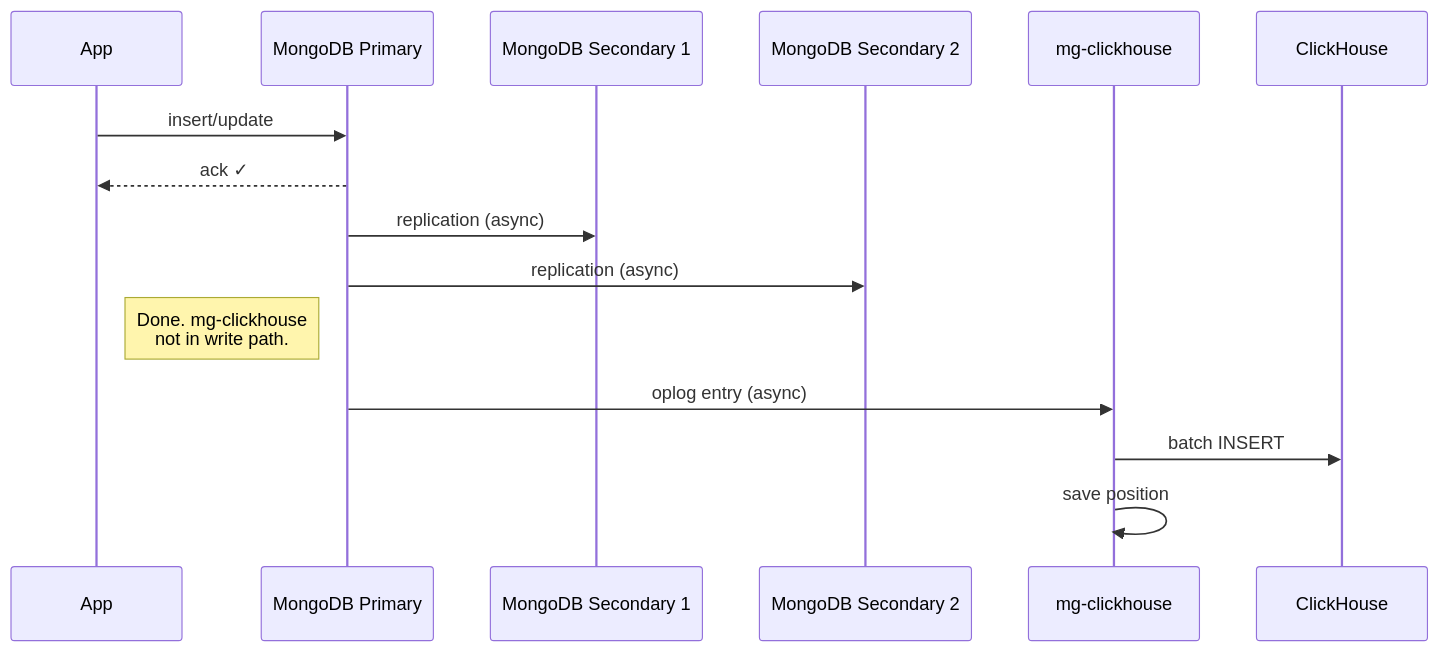
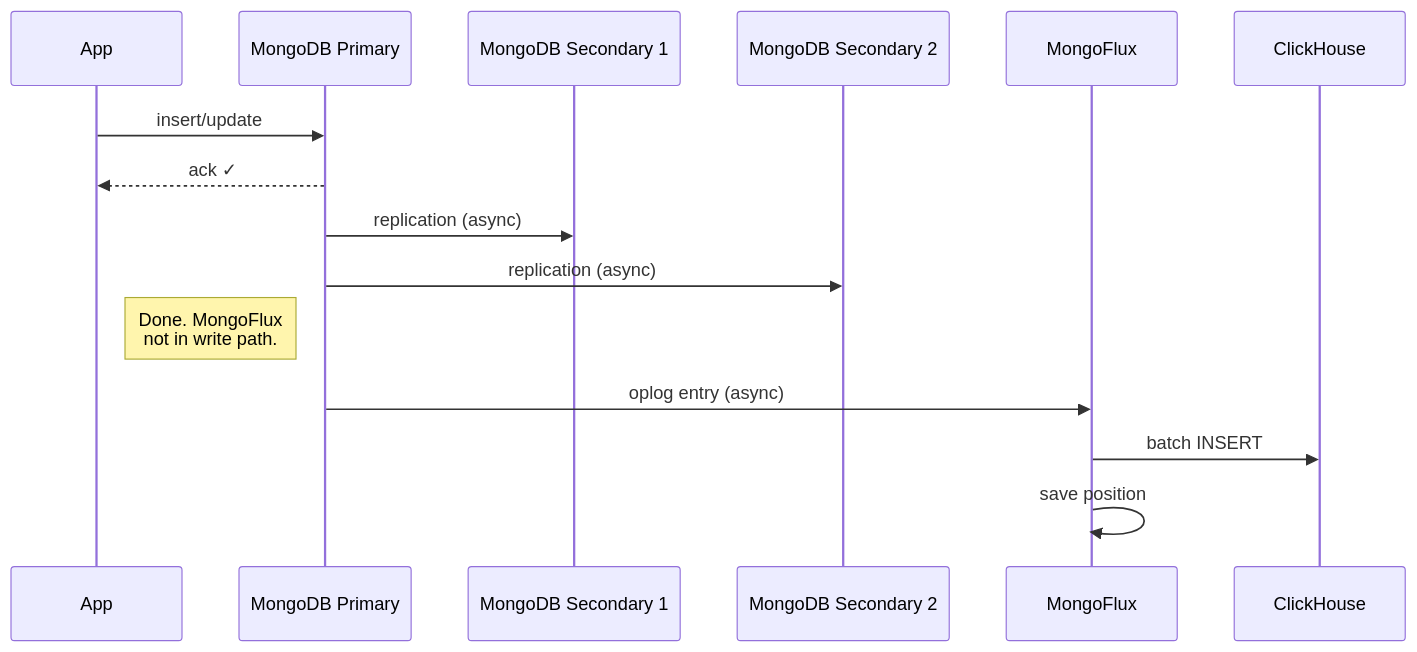
Before and after one commit to mrityunjaysharma/mongo-flux: the second of 7 diagrams in docs/design.md, drawn with Mermaid. The commit also changed other lines of this file and 38 other files, not shown here.

````diff
--- a/docs/design.md
+++ b/docs/design.md
@@ -38,18 +38,18 @@
 ```mermaid
 sequenceDiagram
     participant App
     participant Primary as MongoDB Primary
     participant S1 as MongoDB Secondary 1
     participant S2 as MongoDB Secondary 2
-    participant mgch as mg-clickhouse
+    participant mf as MongoFlux
     participant CH as ClickHouse
 
     App->>Primary: insert/update
     Primary-->>App: ack ✓
     Primary->>S1: replication (async)
     Primary->>S2: replication (async)
-    Note right of App: Done. mg-clickhouse<br/>not in write path.
-    Primary->>mgch: oplog entry (async)
-    mgch->>CH: batch INSERT
-    mgch->>mgch: save position
+    Note right of App: Done. MongoFlux<br/>not in write path.
+    Primary->>mf: oplog entry (async)
+    mf->>CH: batch INSERT
+    mf->>mf: save position
 ```
````
